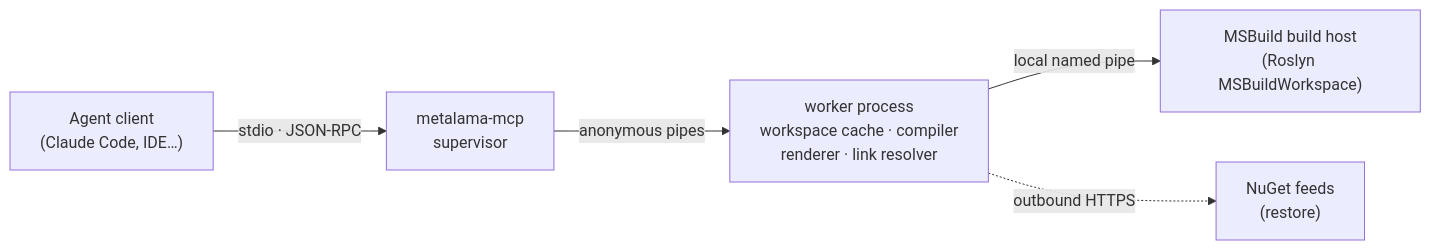
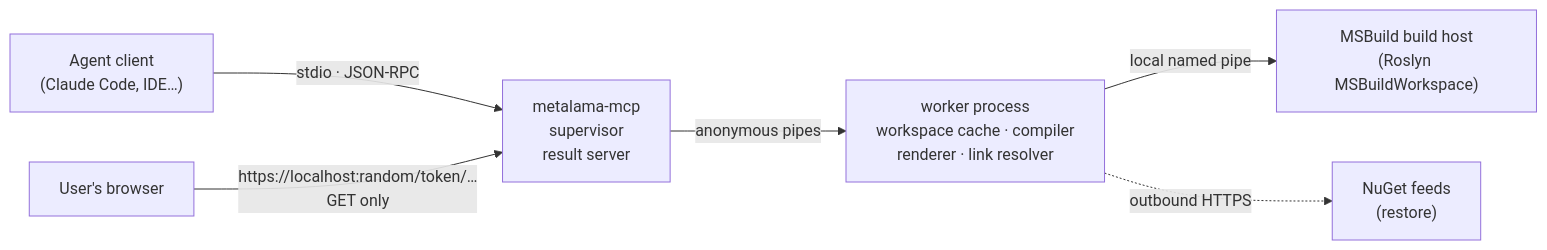
Before and after one commit to metalama/Metalama: the first of 2 diagrams in Metalama.Framework/docs/future/mcp-server.md, drawn with Mermaid. The commit also changed other lines of this file and 23 other files, not shown here.

First line of the commit message:
Serve html results from a localhost HTTPS server, on demand

````diff
--- a/Metalama.Framework/docs/future/mcp-server.md
+++ b/Metalama.Framework/docs/future/mcp-server.md
@@ -48,7 +51,8 @@
 ```mermaid
 flowchart LR
-  C["Agent client<br/>(Claude Code, IDE…)"] -- "stdio · JSON-RPC" --> S["metalama-mcp<br/>supervisor"]
+  C["Agent client<br/>(Claude Code, IDE…)"] -- "stdio · JSON-RPC" --> S["metalama-mcp<br/>supervisor<br/>result server"]
+  U["User's browser"] -- "https://localhost:random/token/…<br/>GET only" --> S
   S -- "anonymous pipes" --> W["worker process<br/>workspace cache · compiler<br/>renderer · link resolver"]
   W -- "local named pipe" --> B["MSBuild build host<br/>(Roslyn MSBuildWorkspace)"]
   W -. "outbound HTTPS" .-> N["NuGet feeds<br/>(restore)"]
 ```
````
